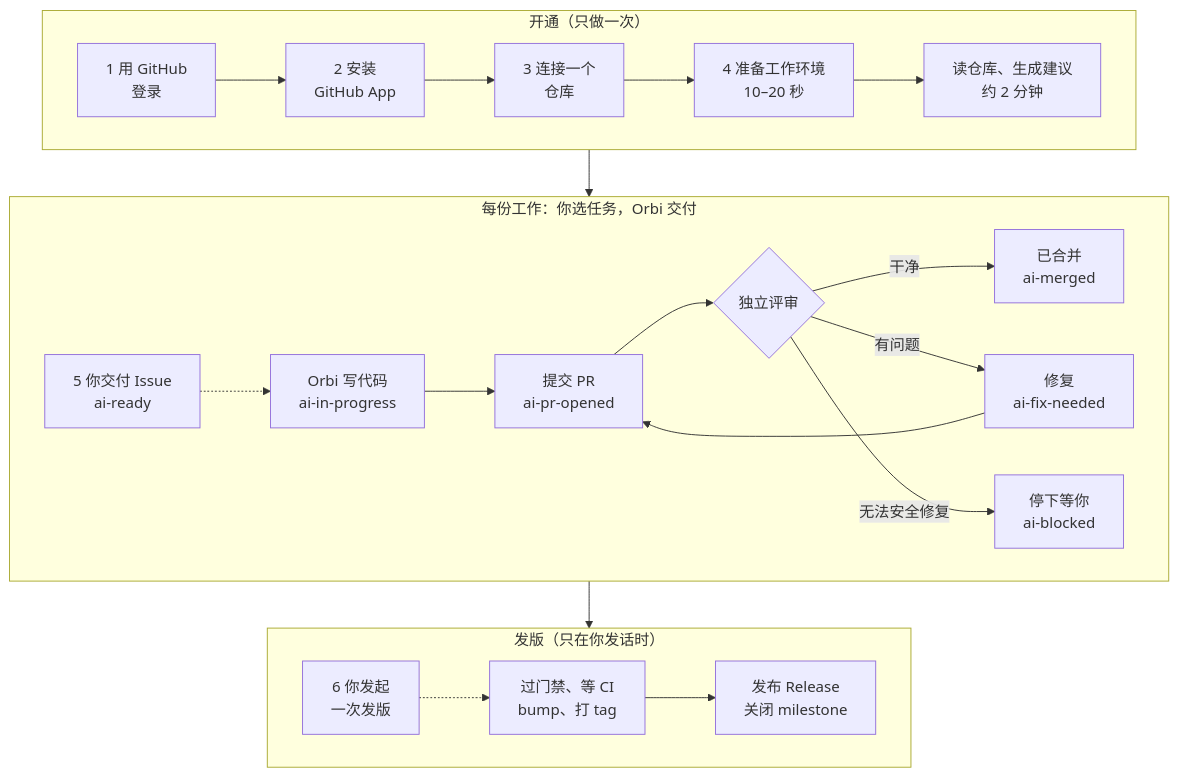
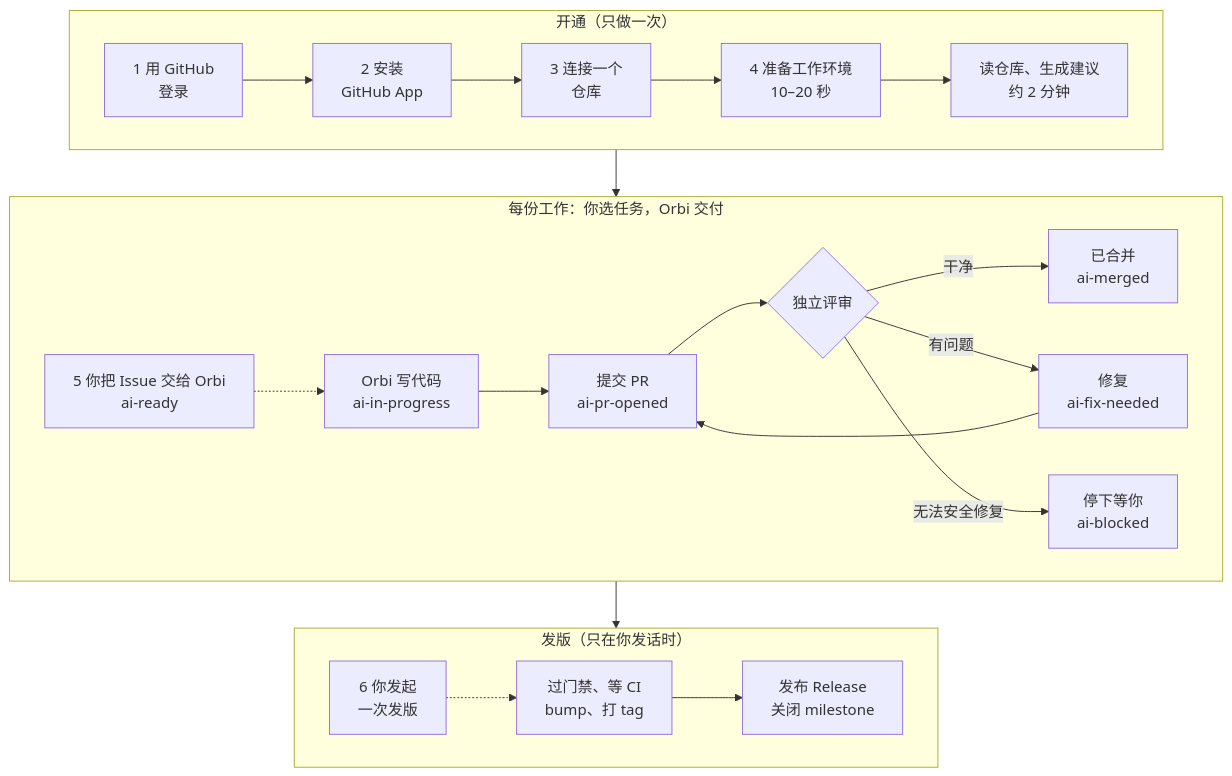
The first of 2 diagrams in zh/index.mdx (orbi-build/orbi-cloud-docs), drawn with Mermaid before and after one commit. The commit also changed other lines of this file and 34 other files, not shown here.

````diff
--- a/zh/index.mdx
+++ b/zh/index.mdx
@@ -17,22 +17,22 @@
 ```mermaid
 flowchart TD
   subgraph setup["开通（只做一次）"]
     direction LR
     s1["1 用 GitHub<br/>登录"] --> s2["2 安装<br/>GitHub App"] --> s3["3 连接一个<br/>仓库"] --> s4["4 准备工作环境<br/>10–20 秒"] --> s5["读仓库、生成建议<br/>约 2 分钟"]
   end
 
   subgraph work["每份工作：你选任务，Orbi 交付"]
     direction LR
-    w1["5 你交付 Issue<br/>ai-ready"] -.-> w2["Orbi 写代码<br/>ai-in-progress"] --> w3["提交 PR<br/>ai-pr-opened"] --> w4{"独立评审"}
+    w1["5 你把 Issue 交给 Orbi<br/>ai-ready"] -.-> w2["Orbi 写代码<br/>ai-in-progress"] --> w3["提交 PR<br/>ai-pr-opened"] --> w4{"独立评审"}
     w4 -->|干净| w5["已合并<br/>ai-merged"]
     w4 -->|有问题| w6["修复<br/>ai-fix-needed"] --> w3
     w4 -->|无法安全修复| w7["停下等你<br/>ai-blocked"]
   end
 
   subgraph rel["发版（只在你发话时）"]
     direction LR
     r1["6 你发起<br/>一次发版"] -.-> r2["过门禁、等 CI<br/>bump、打 tag"] --> r3["发布 Release<br/>关闭 milestone"]
   end
 
   setup --> work --> rel
 ```
````
